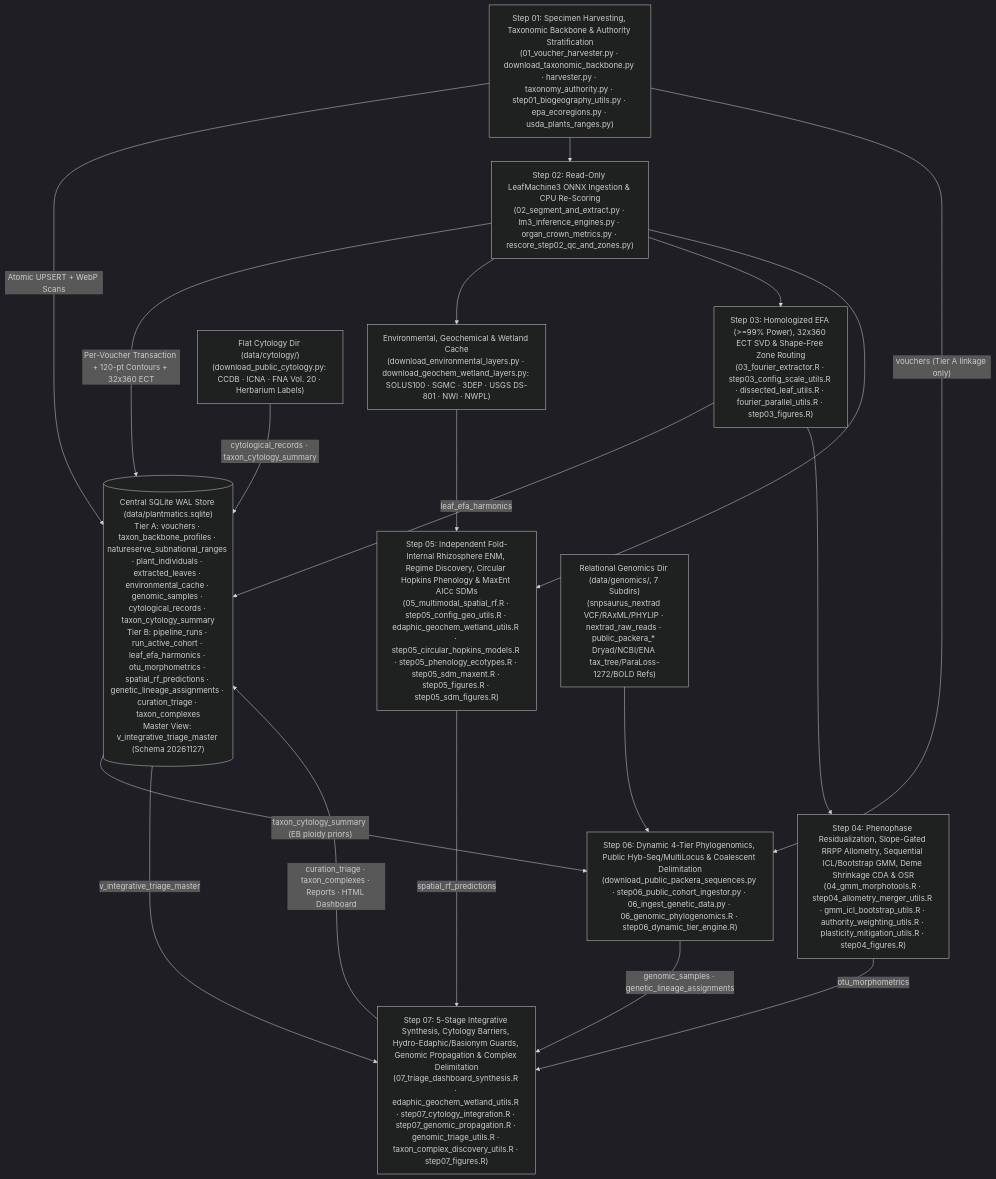
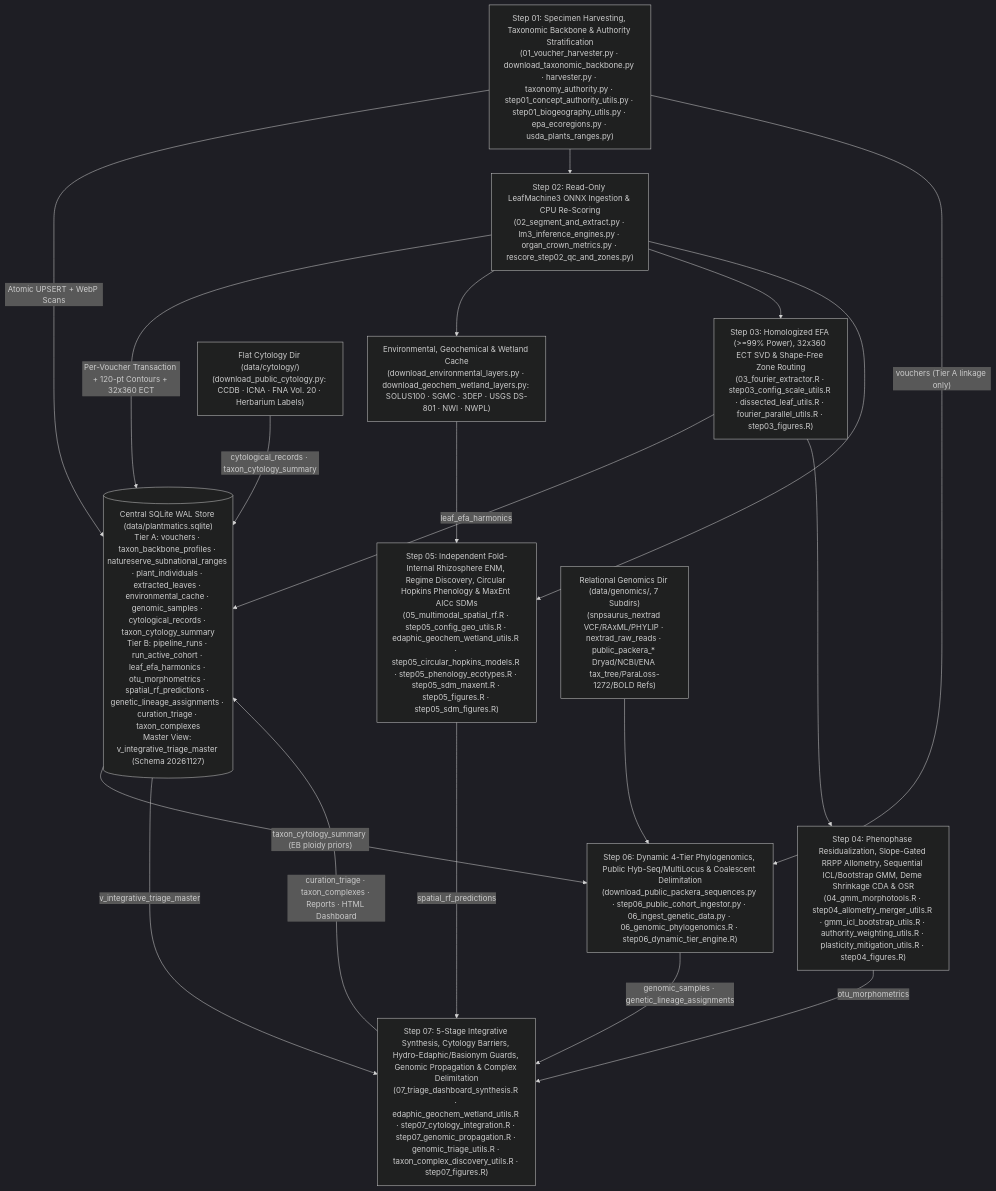
One commit to Plantatsrophe/Packera_dubia_morphometrics changed the diagram in README.md. Above: the diagram before and after it, drawn with Mermaid (dark theme). The commit also changed other lines of this file and 17 other files, not shown here.

Commit message:
feat: add concept authority utils and taxonomic clarity testing suite

````diff
--- a/README.md
+++ b/README.md
@@ -31,23 +31,23 @@
 ```mermaid
 flowchart TD
     DB[("Central SQLite WAL Store (data/plantmatics.sqlite)\nTier A: vouchers · taxon_backbone_profiles · natureserve_subnational_ranges · plant_individuals · extracted_leaves · environmental_cache · genomic_samples · cytological_records · taxon_cytology_summary\nTier B: pipeline_runs · run_active_cohort · leaf_efa_harmonics · otu_morphometrics · spatial_rf_predictions · genetic_lineage_assignments · curation_triage · taxon_complexes\nMaster View: v_integrative_triage_master (Schema 20261127)")]
 
-    S1["Step 01: Specimen Harvesting, Taxonomic Backbone & Authority Stratification\n(01_voucher_harvester.py · download_taxonomic_backbone.py · harvester.py · taxonomy_authority.py · step01_biogeography_utils.py · epa_ecoregions.py · usda_plants_ranges.py)"] -->|"Atomic UPSERT + WebP Scans"| DB
+    S1["Step 01: Specimen Harvesting, Taxonomic Backbone & Authority Stratification\n(01_voucher_harvester.py · download_taxonomic_backbone.py · harvester.py · taxonomy_authority.py · step01_concept_authority_utils.py · step01_biogeography_utils.py · epa_ecoregions.py · usda_plants_ranges.py)"] -->|"Atomic UPSERT + WebP Scans"| DB
     S1 --> S2["Step 02: Read-Only LeafMachine3 ONNX Ingestion & CPU Re-Scoring\n(02_segment_and_extract.py · lm3_inference_engines.py · organ_crown_metrics.py · rescore_step02_qc_and_zones.py)"]
     S2 -->|"Per-Voucher Transaction + 120-pt Contours + 32x360 ECT"| DB
     S2 --> E0["Environmental, Geochemical & Wetland Cache\n(download_environmental_layers.py · download_geochem_wetland_layers.py: SOLUS100 · SGMC · 3DEP · USGS DS-801 · NWI · NWPL)"]
     S2 --> S3["Step 03: Homologized EFA (>=99% Power), 32x360 ECT SVD & Shape-Free Zone Routing\n(03_fourier_extractor.R · step03_config_scale_utils.R · dissected_leaf_utils.R · fourier_parallel_utils.R · step03_figures.R)"]
     S3 -->|"leaf_efa_harmonics"| DB
     S3 --> S4["Step 04: Phenophase Residualization, Slope-Gated RRPP Allometry, Sequential ICL/Bootstrap GMM, Deme Shrinkage CDA & OSR\n(04_gmm_morphotools.R · step04_allometry_merger_utils.R · gmm_icl_bootstrap_utils.R · authority_weighting_utils.R · plasticity_mitigation_utils.R · step04_figures.R)"]
     S4 -->|"otu_morphometrics"| S7
     S2 --> S5["Step 05: Independent Fold-Internal Rhizosphere ENM, Regime Discovery, Circular Hopkins Phenology & MaxEnt AICc SDMs\n(05_multimodal_spatial_rf.R · step05_config_geo_utils.R · edaphic_geochem_wetland_utils.R · step05_circular_hopkins_models.R · step05_phenology_ecotypes.R · step05_sdm_maxent.R · step05_figures.R · step05_sdm_figures.R)"]
     E0 --> S5
     S5 -->|"spatial_rf_predictions"| S7
     G0["Relational Genomics Dir (data/genomics/, 7 Subdirs)\n(snpsaurus_nextrad VCF/RAxML/PHYLIP · nextrad_raw_reads · public_packera_* Dryad/NCBI/ENA tax_tree/ParaLoss-1272/BOLD Refs)"] --> S6["Step 06: Dynamic 4-Tier Phylogenomics, Public Hyb-Seq/MultiLocus & Coalescent Delimitation\n(download_public_packera_sequences.py · step06_public_cohort_ingestor.py · 06_ingest_genetic_data.py · 06_genomic_phylogenomics.R · step06_dynamic_tier_engine.R)"]
     S1 -->|"vouchers (Tier A linkage only)"| S6
     S6 -->|"genomic_samples · genetic_lineage_assignments"| S7
     C0["Flat Cytology Dir (data/cytology/)\n(download_public_cytology.py: CCDB · ICNA · FNA Vol. 20 · Herbarium Labels)"] -->|"cytological_records · taxon_cytology_summary"| DB
     DB -->|"taxon_cytology_summary (EB ploidy priors)"| S6
     DB -->|"v_integrative_triage_master"| S7["Step 07: 5-Stage Integrative Synthesis, Cytology Barriers, Hydro-Edaphic/Basionym Guards, Genomic Propagation & Complex Delimitation\n(07_triage_dashboard_synthesis.R · edaphic_geochem_wetland_utils.R · step07_cytology_integration.R · step07_genomic_propagation.R · genomic_triage_utils.R · taxon_complex_discovery_utils.R · step07_figures.R)"]
     S7 -->|"curation_triage · taxon_complexes · Reports · HTML Dashboard"| DB
 ```
````
